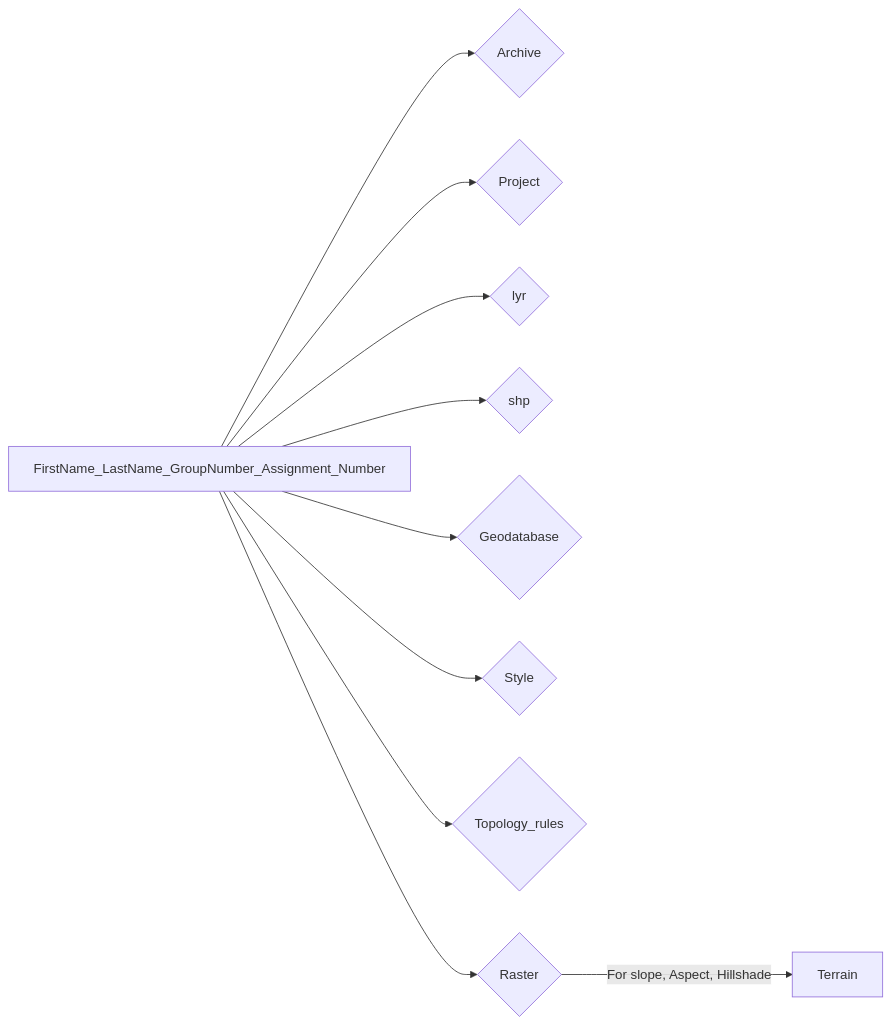
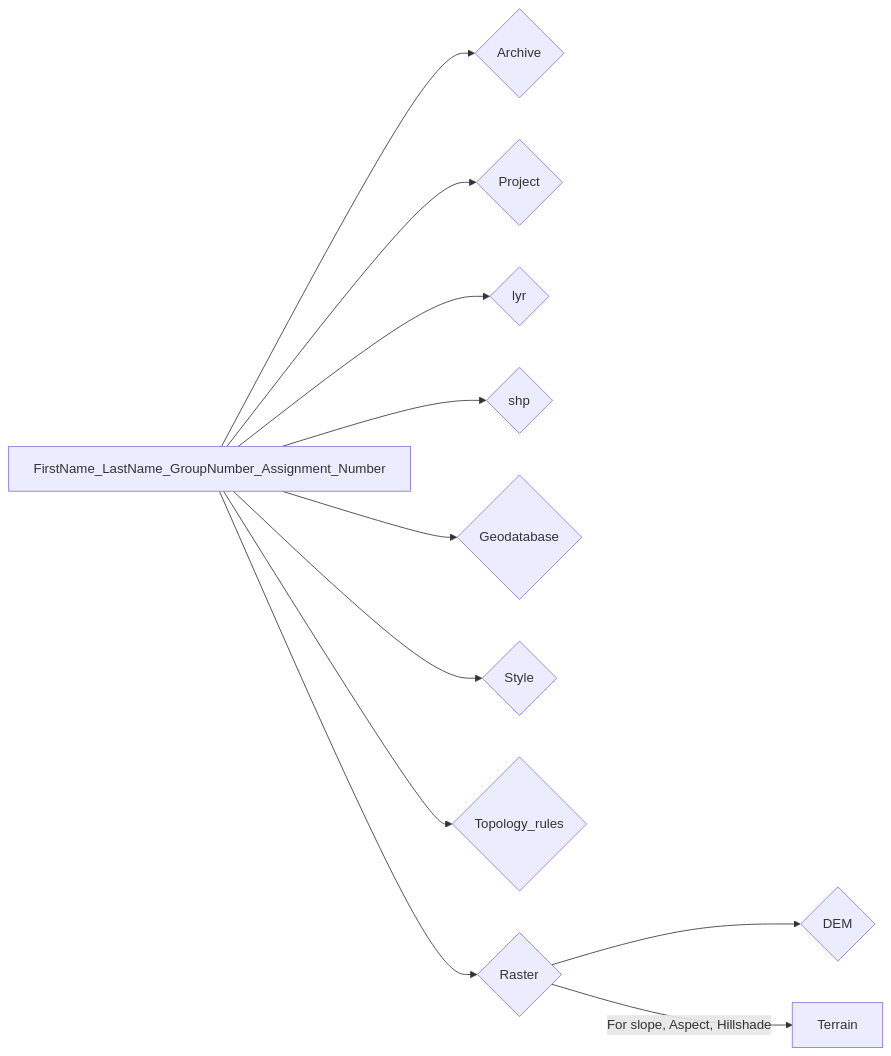
The diagram in docs/ICS_GIS/Lab/Terrain_analysis.md (ezdanapak/GTU-GIS), drawn with Mermaid before and after one commit.

Commit message:
Initial commit with MkDocs site

````diff
--- a/docs/ICS_GIS/Lab/Terrain_analysis.md
+++ b/docs/ICS_GIS/Lab/Terrain_analysis.md
@@ -61,13 +61,14 @@
 ``` mermaid
 graph LR
   A[FirstName_LastName_GroupNumber_Assignment_Number] --> B{Archive};
   A[FirstName_LastName_GroupNumber_Assignment_Number] --> C{Project};
   A[FirstName_LastName_GroupNumber_Assignment_Number] --> D{lyr};
   A[FirstName_LastName_GroupNumber_Assignment_Number] --> E{shp};
   A[FirstName_LastName_GroupNumber_Assignment_Number] --> F{Geodatabase};
   A[FirstName_LastName_GroupNumber_Assignment_Number] --> G{Style};
   A[FirstName_LastName_GroupNumber_Assignment_Number] --> H{Topology_rules};
   A[FirstName_LastName_GroupNumber_Assignment_Number] --> I{Raster};
-  I -->|For slope, Aspect, Hillshade| J[Terrain];
+  I --> J{DEM};
+  I -->|For slope, Aspect, Hillshade| K[Terrain];
 
 ```
````
